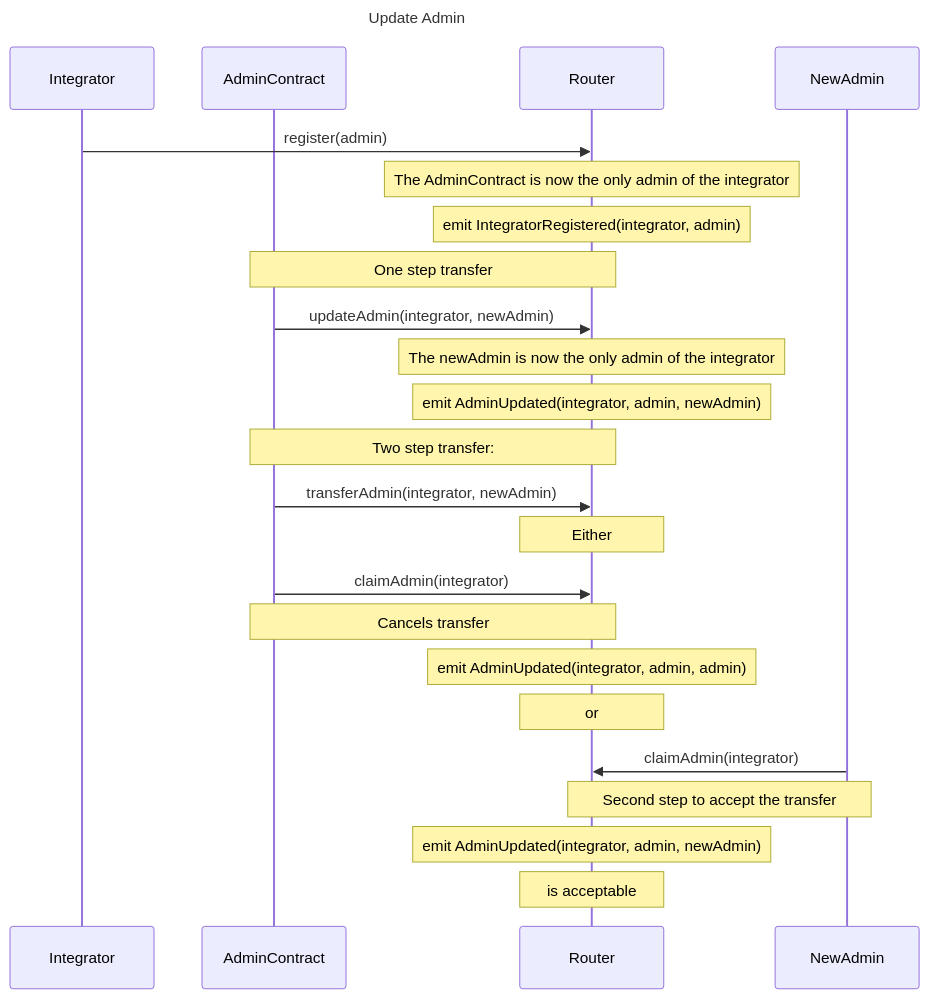
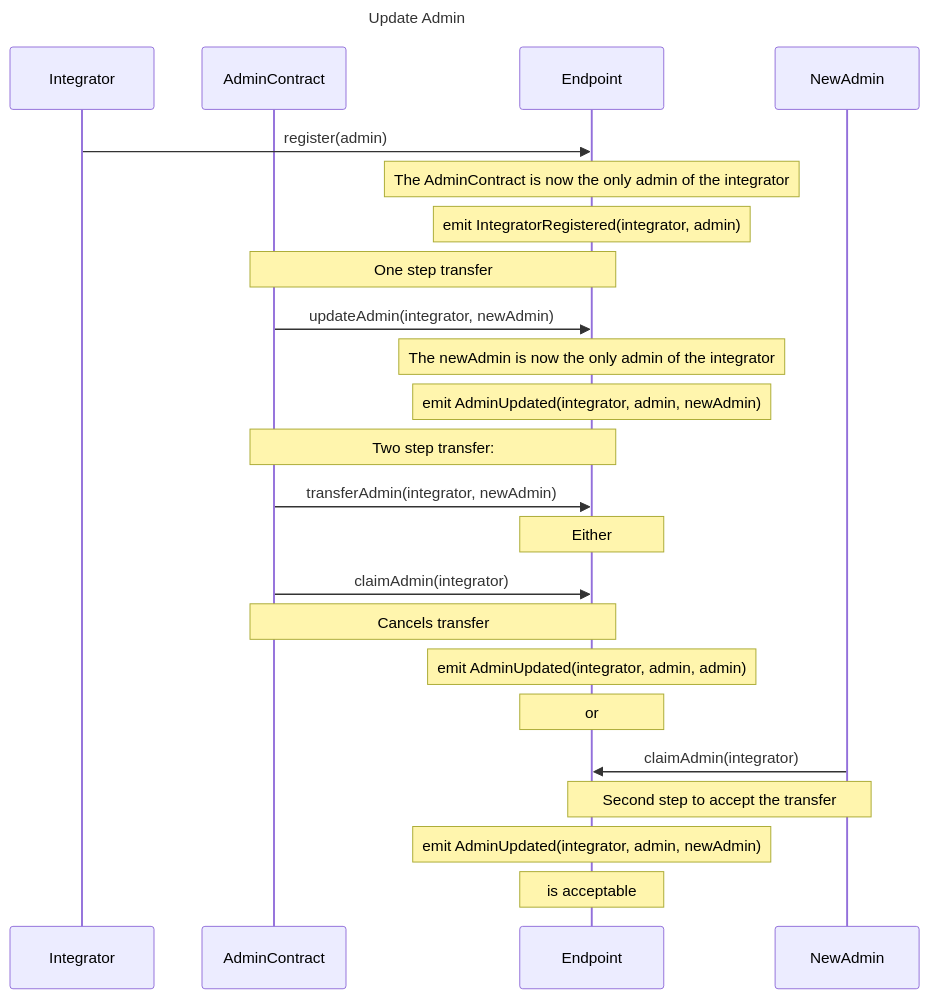
The second of 2 diagrams in evm/README.md (wormholelabs-xyz/example-messaging-endpoint), drawn with Mermaid before and after one commit. The commit also changed other lines of this file and 144 other files, not shown here.

````diff
--- a/evm/README.md
+++ b/evm/README.md
@@ -48,28 +48,28 @@
 ```mermaid
 sequenceDiagram
 title Update Admin
 
 participant Integrator
 participant AdminContract
-participant Router
+participant Endpoint
 participant NewAdmin
 
-Integrator ->> Router: register(admin)
-note over Router: The AdminContract is now the only admin of the integrator
-note over Router:emit IntegratorRegistered(integrator, admin)
-note over AdminContract, Router:One step transfer
-AdminContract->>Router:updateAdmin(integrator, newAdmin)
-note over Router: The newAdmin is now the only admin of the integrator
-note over Router:emit AdminUpdated(integrator, admin, newAdmin)
-note over AdminContract, Router:Two step transfer:
-AdminContract->>Router:transferAdmin(integrator, newAdmin)
-note over Router:Either
-AdminContract->>Router:claimAdmin(integrator)
-note over AdminContract, Router:Cancels transfer
-note over Router:emit AdminUpdated(integrator, admin, admin)
-note over Router:or
-NewAdmin->>Router:claimAdmin(integrator)
-note over Router, NewAdmin:Second step to accept the transfer
-note over Router:emit AdminUpdated(integrator, admin, newAdmin)
-note over Router:is acceptable
+Integrator ->> Endpoint: register(admin)
+note over Endpoint: The AdminContract is now the only admin of the integrator
+note over Endpoint:emit IntegratorRegistered(integrator, admin)
+note over AdminContract, Endpoint:One step transfer
+AdminContract->>Endpoint:updateAdmin(integrator, newAdmin)
+note over Endpoint: The newAdmin is now the only admin of the integrator
+note over Endpoint:emit AdminUpdated(integrator, admin, newAdmin)
+note over AdminContract, Endpoint:Two step transfer:
+AdminContract->>Endpoint:transferAdmin(integrator, newAdmin)
+note over Endpoint:Either
+AdminContract->>Endpoint:claimAdmin(integrator)
+note over AdminContract, Endpoint:Cancels transfer
+note over Endpoint:emit AdminUpdated(integrator, admin, admin)
+note over Endpoint:or
+NewAdmin->>Endpoint:claimAdmin(integrator)
+note over Endpoint, NewAdmin:Second step to accept the transfer
+note over Endpoint:emit AdminUpdated(integrator, admin, newAdmin)
+note over Endpoint:is acceptable
 ```
````
